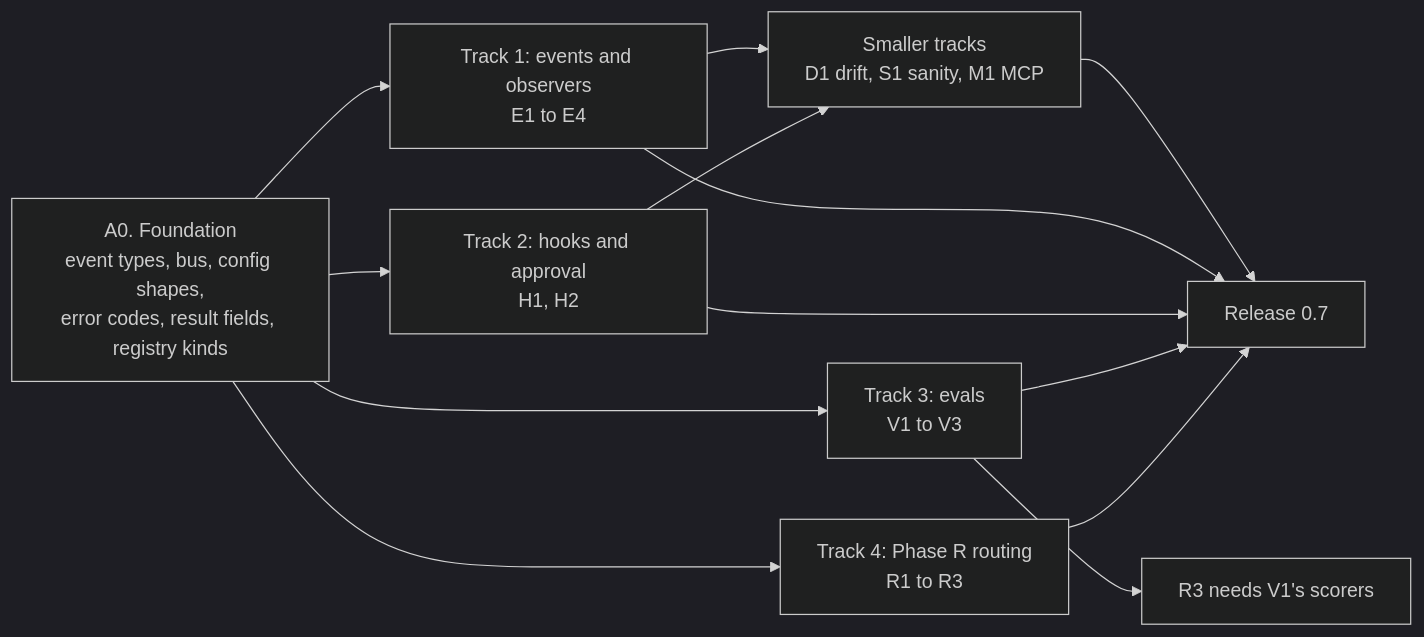
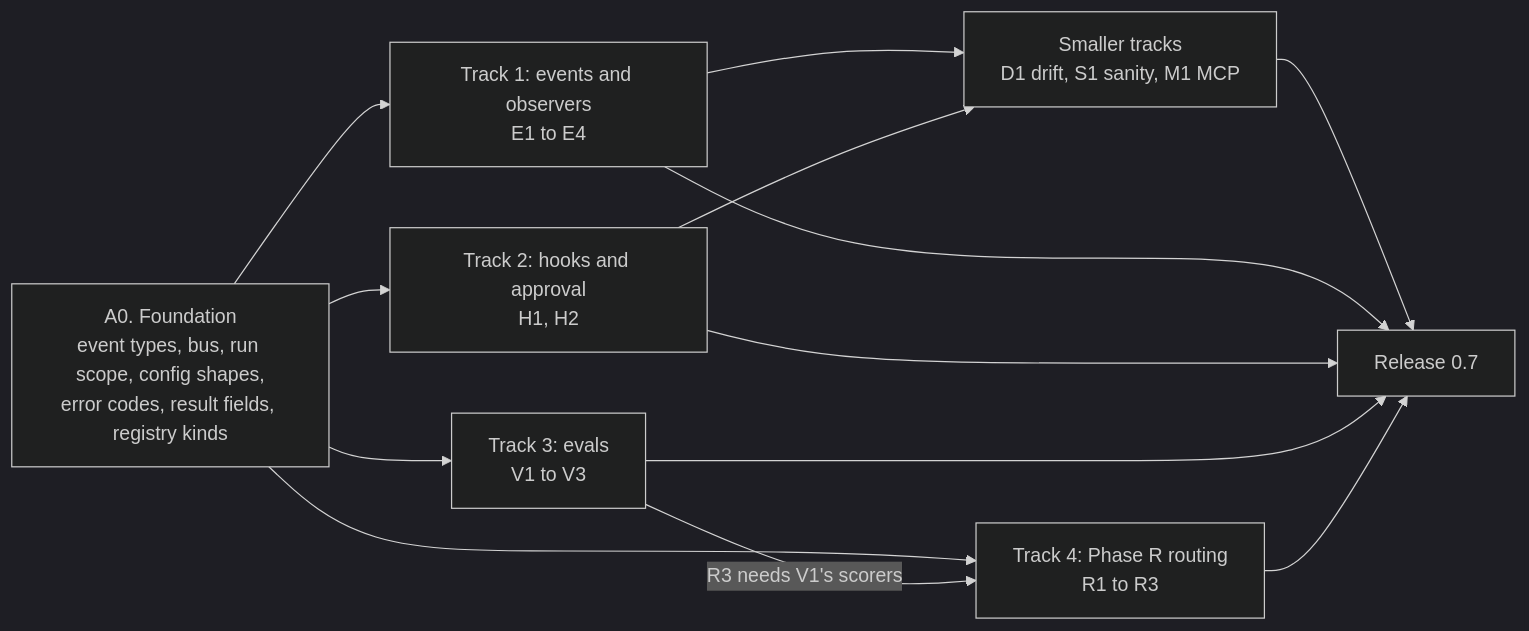
One commit to nadeem4/nl2sql changed the first of 3 diagrams in docs/architecture/wave_a.md. Above: the diagram before and after it, drawn with Mermaid (dark theme). The commit also changed other lines of this file, not shown here.

First line of the commit message:
docs(architecture): Wave A design, review fixes

````diff
--- a/docs/architecture/wave_a.md
+++ b/docs/architecture/wave_a.md
@@ -124,16 +130,16 @@
 ```mermaid
 flowchart LR
-  A0["A0. Foundation<br/>event types, bus, config shapes,<br/>error codes, result fields, registry kinds"]
+  A0["A0. Foundation<br/>event types, bus, run scope, config shapes,<br/>error codes, result fields, registry kinds"]
   A0 --> E["Track 1: events and observers<br/>E1 to E4"]
   A0 --> H["Track 2: hooks and approval<br/>H1, H2"]
   A0 --> V["Track 3: evals<br/>V1 to V3"]
   A0 --> R["Track 4: Phase R routing<br/>R1 to R3"]
   E --> S["Smaller tracks<br/>D1 drift, S1 sanity, M1 MCP"]
   H --> S
-  V --> R3["R3 needs V1's scorers"]
+  V -->|"R3 needs V1's scorers"| R
   S --> REL["Release 0.7"]
   E --> REL
   H --> REL
   V --> REL
   R --> REL
 ```
````
